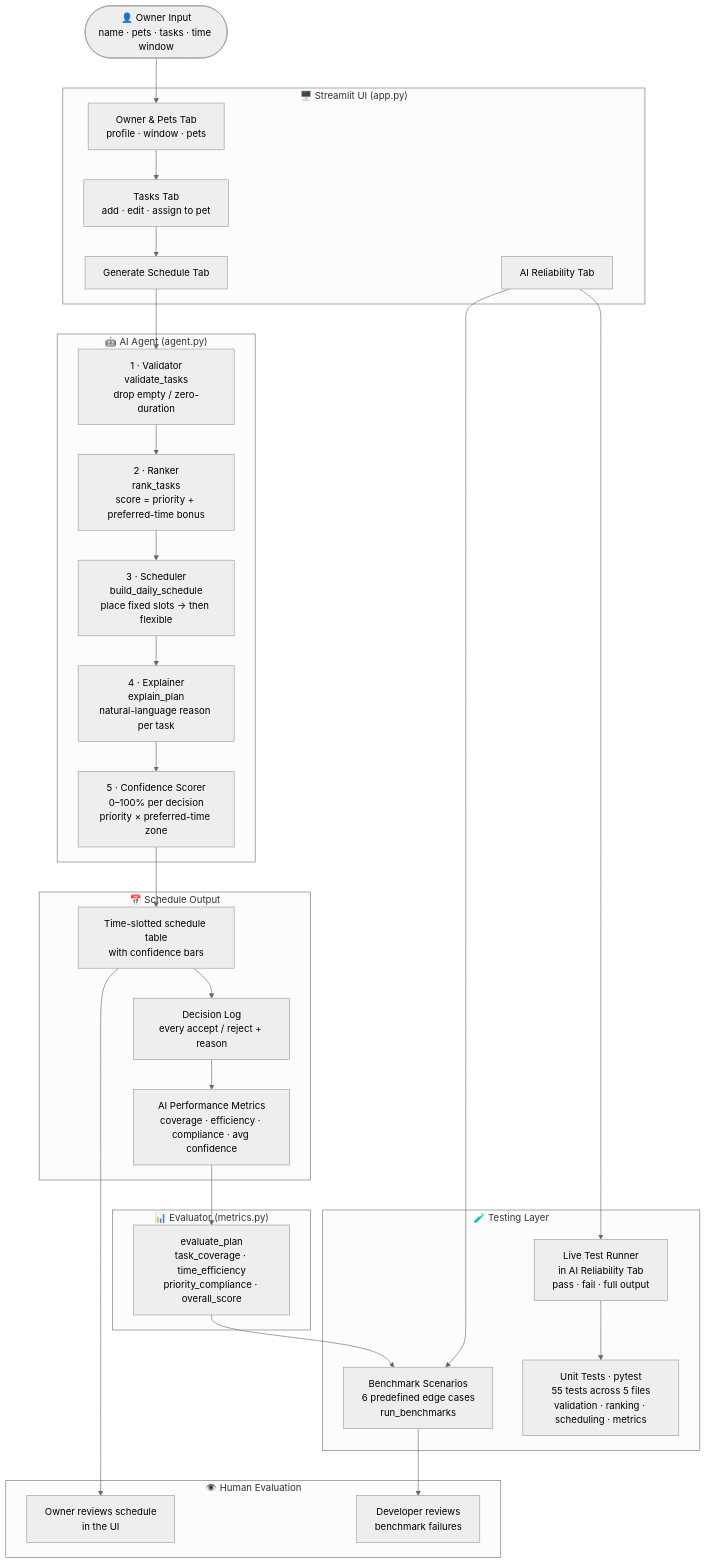
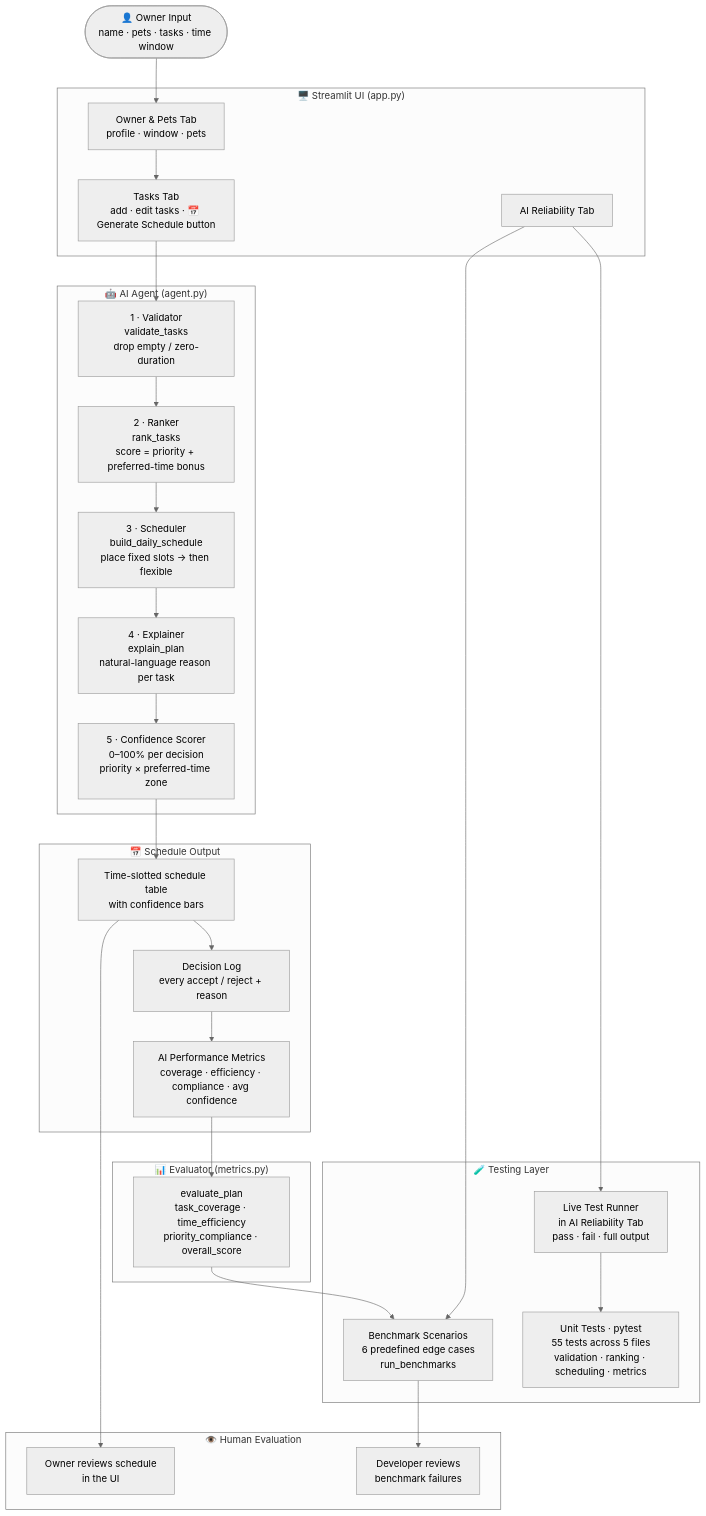
One commit to mabdelmalek-dev/my_applied-ai-system-project changed the diagram in README.md. Above: the diagram before and after it, drawn with Mermaid (neutral theme). The commit also changed other lines of this file and 2 other files, not shown here.

First line of the commit message:
fix: update diagram, add AI collaboration to README reflection, fix pet column and owner reset

````diff
--- a/README.md
+++ b/README.md
@@ -25,57 +25,56 @@
 ```mermaid
 flowchart TD
     A([👤 Owner Input\nname · pets · tasks · time window]) --> B
 
     subgraph UI ["🖥️ Streamlit UI  (app.py)"]
         B[Owner & Pets Tab\nprofile · window · pets]
-        C[Tasks Tab\nadd · edit · assign to pet]
-        D[Generate Schedule Tab]
+        C[Tasks Tab\nadd · edit tasks · 📅 Generate Schedule button]
         E[AI Reliability Tab]
     end
 
-    B --> C --> D
+    B --> C
 
     subgraph AGENT ["🤖 AI Agent  (agent.py)"]
         F[1 · Validator\nvalidate_tasks\ndrop empty / zero-duration]
         G[2 · Ranker\nrank_tasks\nscore = priority + preferred-time bonus]
         H[3 · Scheduler\nbuild_daily_schedule\nplace fixed slots → then flexible]
         I[4 · Explainer\nexplain_plan\nnatural-language reason per task]
         J[5 · Confidence Scorer\n0–100% per decision\npriority × preferred-time zone]
         F --> G --> H --> I --> J
     end
 
-    D --> F
+    C --> F
     J --> K
 
     subgraph OUTPUT ["📅 Schedule Output"]
         K[Time-slotted schedule table\nwith confidence bars]
         L[Decision Log\nevery accept / reject + reason]
         M[AI Performance Metrics\ncoverage · efficiency · compliance · avg confidence]
     end
 
     K --> L --> M
 
     subgraph EVAL ["📊 Evaluator  (metrics.py)"]
         N[evaluate_plan\ntask_coverage · time_efficiency\npriority_compliance · overall_score]
     end
 
     M --> N
 
     subgraph TEST ["🧪 Testing Layer"]
         O[Unit Tests · pytest\n55 tests across 5 files\nvalidation · ranking · scheduling · metrics]
         P[Benchmark Scenarios\n6 predefined edge cases\nrun_benchmarks]
         Q[Live Test Runner\nin AI Reliability Tab\npass · fail · full output]
     end
 
     E --> Q --> O
     E --> P
     N --> P
 
     subgraph HUMAN ["👁️ Human Evaluation"]
         R[Owner reviews schedule\nin the UI]
         S[Developer reviews\nbenchmark failures]
     end
 
     K --> R
     P --> S
 ```
````
